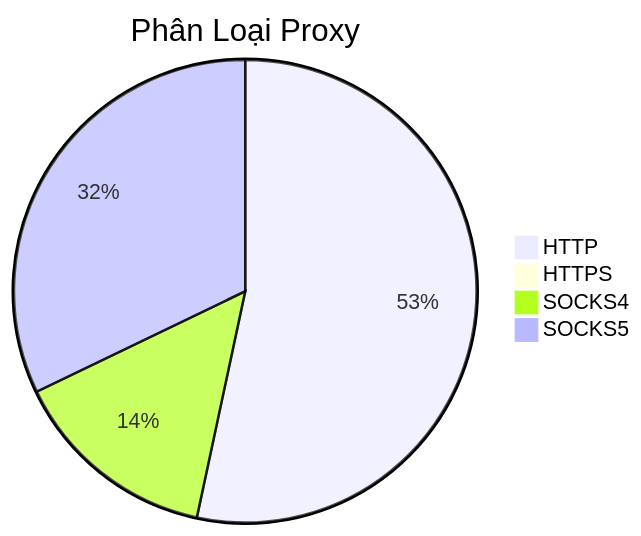
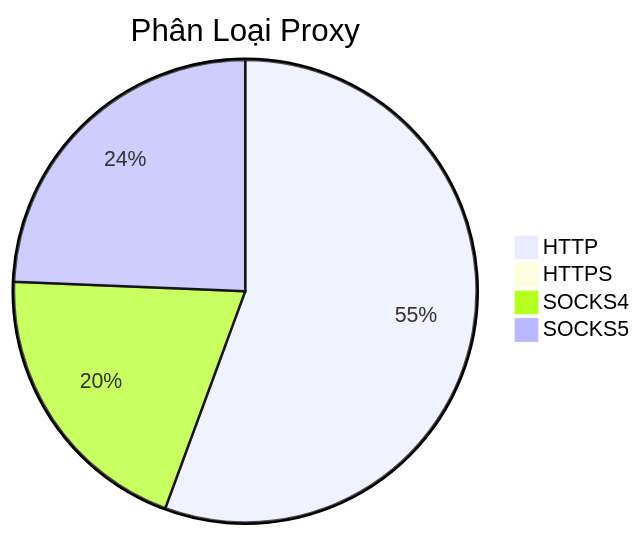
The diagram in README.md (Ciara-Aa/PROXY-free), drawn with Mermaid before and after one commit. The commit also changed other lines of this file and 4 other files, not shown here.

````diff
--- a/README.md
+++ b/README.md
@@ -26,7 +26,7 @@
 ```mermaid
 pie title Phân Loại Proxy
-    "HTTP" : 342
+    "HTTP" : 297
     "HTTPS" : 3
-    "SOCKS4" : 93
-    "SOCKS5" : 206
+    "SOCKS4" : 107
+    "SOCKS5" : 130
 ```
````
